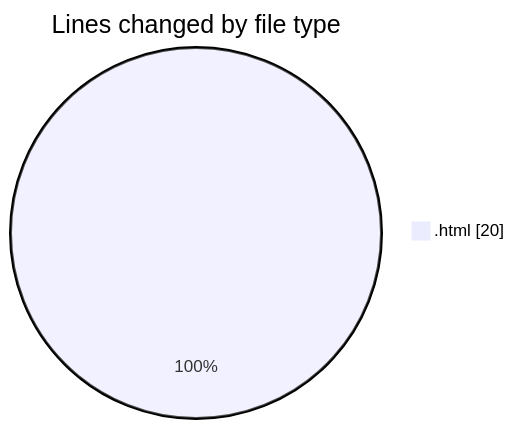
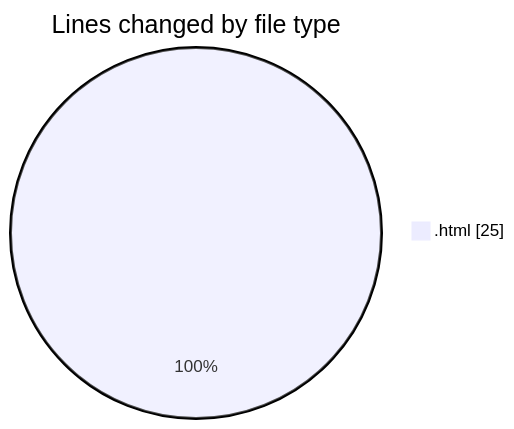
The first of 2 diagrams in 2025-10-23/javacript/README.md (nxtqubesakshisongat/code-tracking), drawn with Mermaid before and after one commit. The commit also changed other lines of this file and 1 other file, not shown here.

````diff
--- a/2025-10-23/javacript/README.md
+++ b/2025-10-23/javacript/README.md
@@ -20,5 +20,5 @@
 ```mermaid
 pie showData
 title Lines changed by file type
-".html" : 20
+".html" : 25
 ```
````
